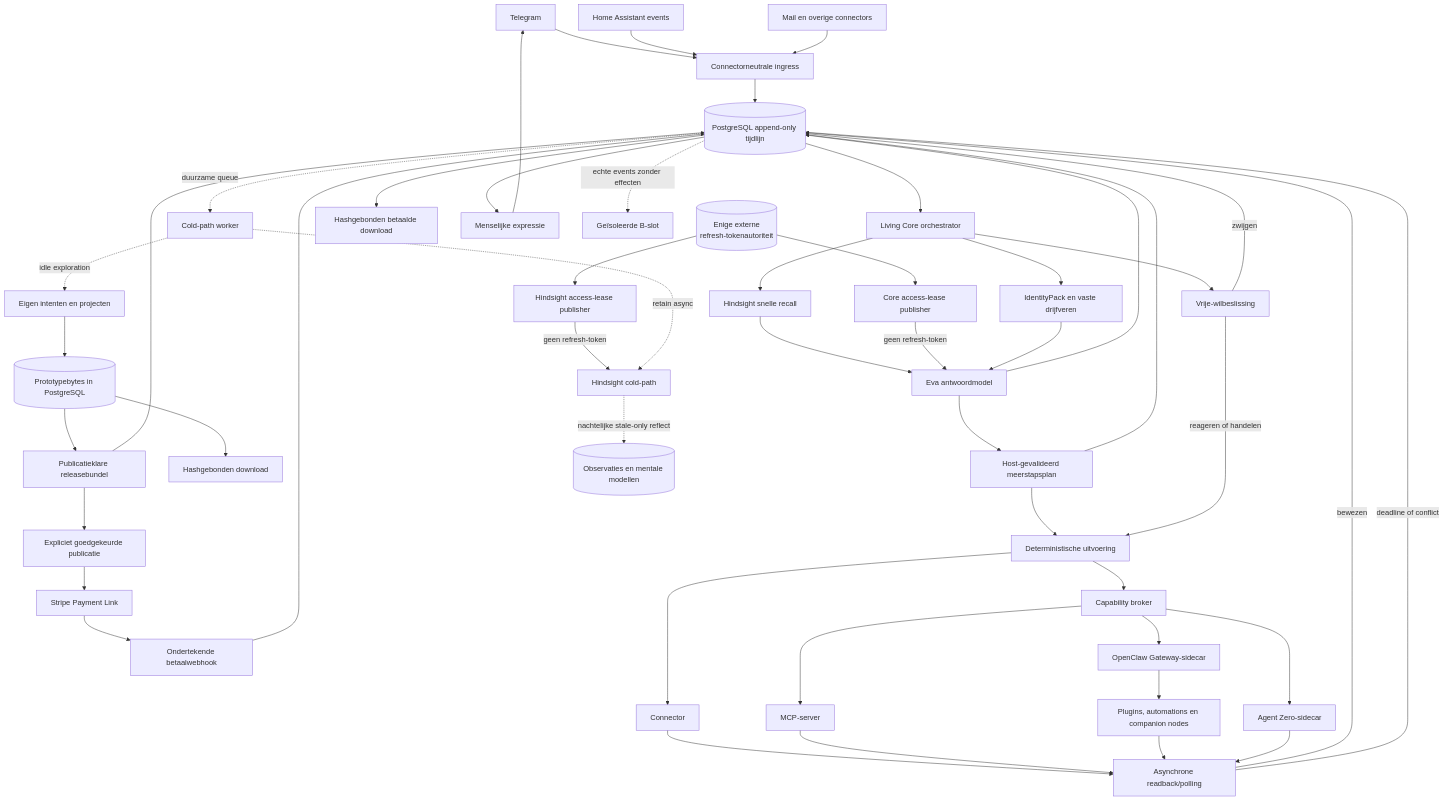
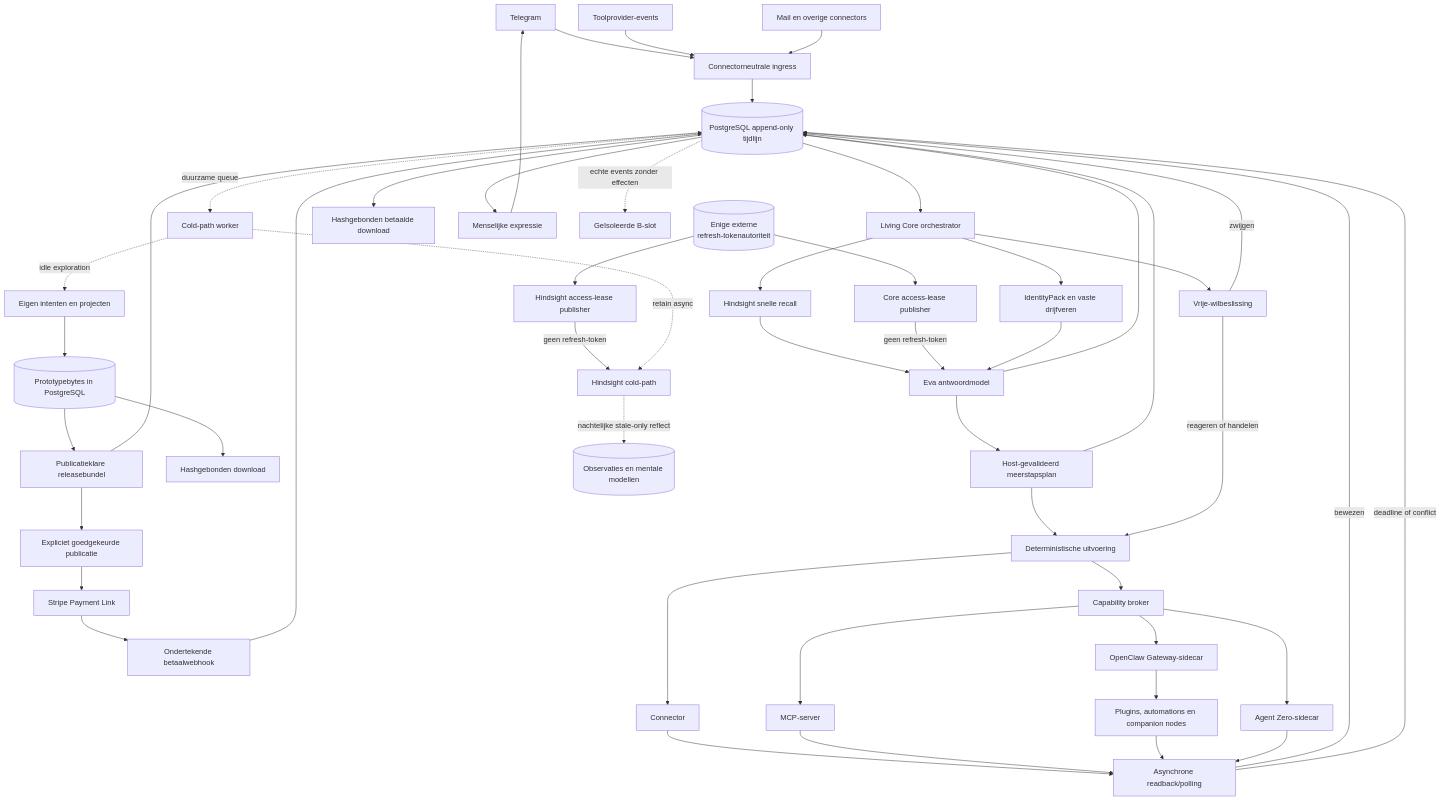
Before and after one commit to jaapfrank/eva: the diagram in eva2/design/architecture/living-core-v1.md, drawn with Mermaid. The commit also changed other lines of this file and 8 other files, not shown here.

````diff
--- a/eva2/design/architecture/living-core-v1.md
+++ b/eva2/design/architecture/living-core-v1.md
@@ -6,53 +6,53 @@
 ```mermaid
 flowchart TD
     TG[Telegram] --> IN[Connectorneutrale ingress]
-    HA[Home Assistant events] --> IN
+    TP[Toolprovider-events] --> IN
     MAIL[Mail en overige connectors] --> IN
 
     IN --> ES[(PostgreSQL append-only tijdlijn)]
     ES --> ORCH[Living Core orchestrator]
     ORCH --> HR[Hindsight snelle recall]
     HR --> THINK[Eva antwoordmodel]
     AUTH[(Enige externe\nrefresh-tokenautoriteit)] --> LEASE[Core access-lease publisher]
     AUTH --> HLEASE[Hindsight access-lease publisher]
     LEASE -->|geen refresh-token| THINK
     HLEASE -->|geen refresh-token| HC
     ID --> THINK
     THINK --> ES
     THINK --> PLAN[Host-gevalideerd meerstapsplan]
     PLAN --> ES
     PLAN --> EXEC
     ES -. duurzame queue .-> CW[Cold-path worker]
     CW -. retain async .-> HC[Hindsight cold-path]
     CW -. idle exploration .-> PI[Eigen intenten en projecten]
     PI --> PA[(Prototypebytes in PostgreSQL)]
     PA --> DL[Hashgebonden download]
     PA --> RC[Publicatieklare releasebundel]
     RC --> ES
     RC --> PUB[Expliciet goedgekeurde publicatie]
     PUB --> STRIPE[Stripe Payment Link]
     STRIPE --> WH[Ondertekende betaalwebhook]
     WH --> ES
     ES --> FUL[Hashgebonden betaalde download]
     HC -. nachtelijke stale-only reflect .-> HM[(Observaties en mentale modellen)]
     ORCH --> ID[IdentityPack en vaste drijfveren]
     ORCH --> WILL[Vrije-wilbeslissing]
     WILL -->|zwijgen| ES
     WILL -->|reageren of handelen| EXEC[Deterministische uitvoering]
     EXEC --> OUT[Connector]
     EXEC --> CAP[Capability broker]
     CAP --> MCP[MCP-server]
     CAP --> OCGW[OpenClaw Gateway-sidecar]
     CAP --> A0[Agent Zero-sidecar]
     OCGW --> NODES[Plugins, automations en companion nodes]
     OUT --> VERIFY[Asynchrone readback/polling]
     MCP --> VERIFY
     NODES --> VERIFY
     A0 --> VERIFY
     VERIFY -->|bewezen| ES
     VERIFY -->|deadline of conflict| ES
     ES --> EXPRESS[Menselijke expressie]
     EXPRESS --> TG
 
     ES -. echte events zonder effecten .-> SHADOW[Geïsoleerde B-slot]
 ```
````
